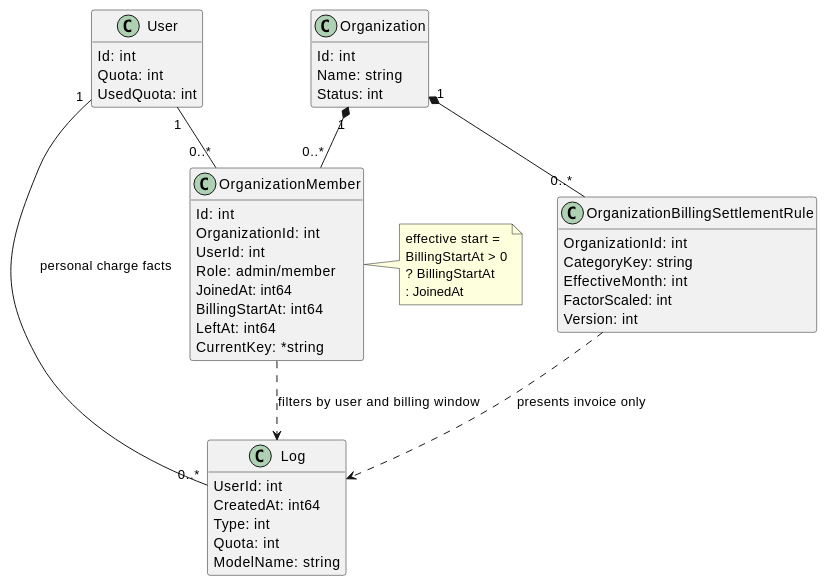
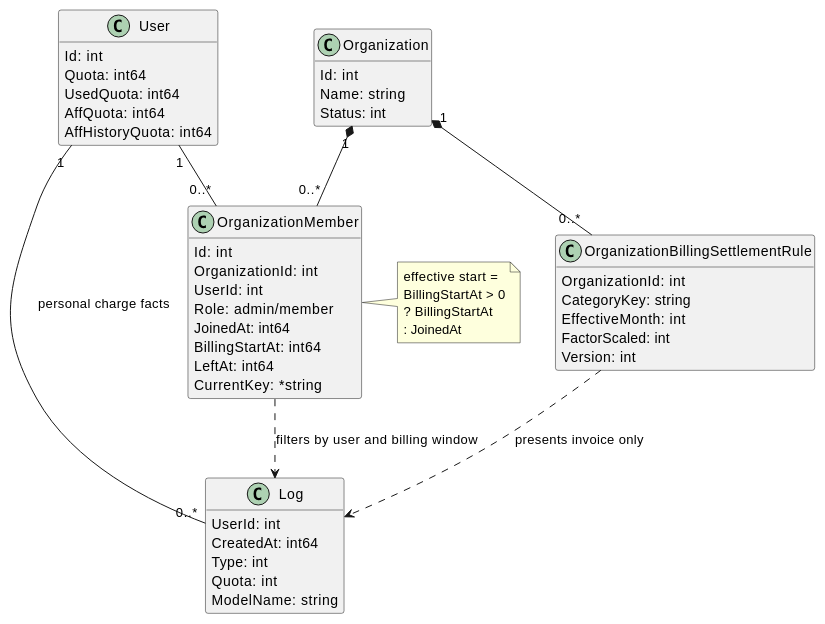
One commit to eLightCloud/token-gateway changed the diagram in docs/20-architecture/数据模型.md. Above: the diagram before and after it, drawn with PlantUML. The commit also changed other lines of this file and 12 other files, not shown here.

````diff
--- a/docs/20-architecture/数据模型.md
+++ b/docs/20-architecture/数据模型.md
@@ -68,59 +85,61 @@
 ```plantuml
 @startuml
 hide methods
 skinparam classAttributeIconSize 0
 
 class Organization {
   Id: int
   Name: string
   Status: int
 }
 
 class OrganizationMember {
   Id: int
   OrganizationId: int
   UserId: int
   Role: admin/member
   JoinedAt: int64
   BillingStartAt: int64
   LeftAt: int64
   CurrentKey: *string
 }
 
 class User {
   Id: int
-  Quota: int
-  UsedQuota: int
+  Quota: int64
+  UsedQuota: int64
+  AffQuota: int64
+  AffHistoryQuota: int64
 }
 
 class Log {
   UserId: int
   CreatedAt: int64
   Type: int
   Quota: int
   ModelName: string
 }
 
 class OrganizationBillingSettlementRule {
   OrganizationId: int
   CategoryKey: string
   EffectiveMonth: int
   FactorScaled: int
   Version: int
 }
 
 Organization "1" *-- "0..*" OrganizationMember
 User "1" -- "0..*" OrganizationMember
 User "1" -- "0..*" Log : personal charge facts
 Organization "1" *-- "0..*" OrganizationBillingSettlementRule
 OrganizationMember ..> Log : filters by user and billing window
 OrganizationBillingSettlementRule ..> Log : presents invoice only
 
 note right of OrganizationMember
 effective start =
 BillingStartAt > 0
 ? BillingStartAt
 : JoinedAt
 end note
 @enduml
 ```
````
